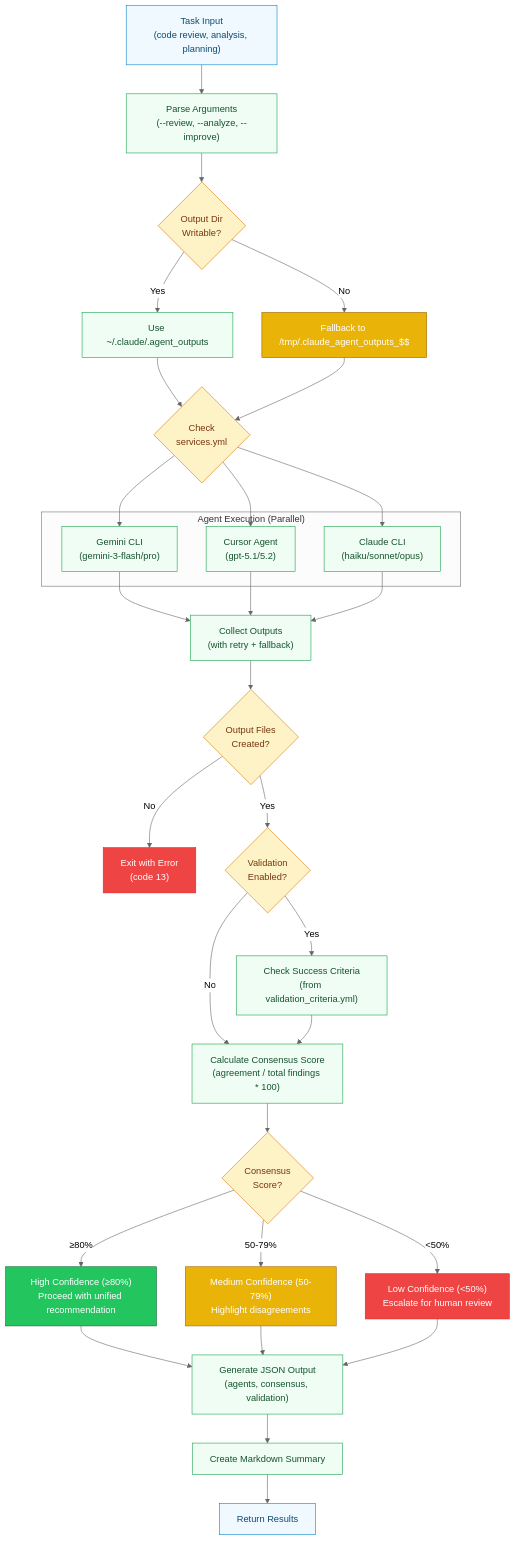
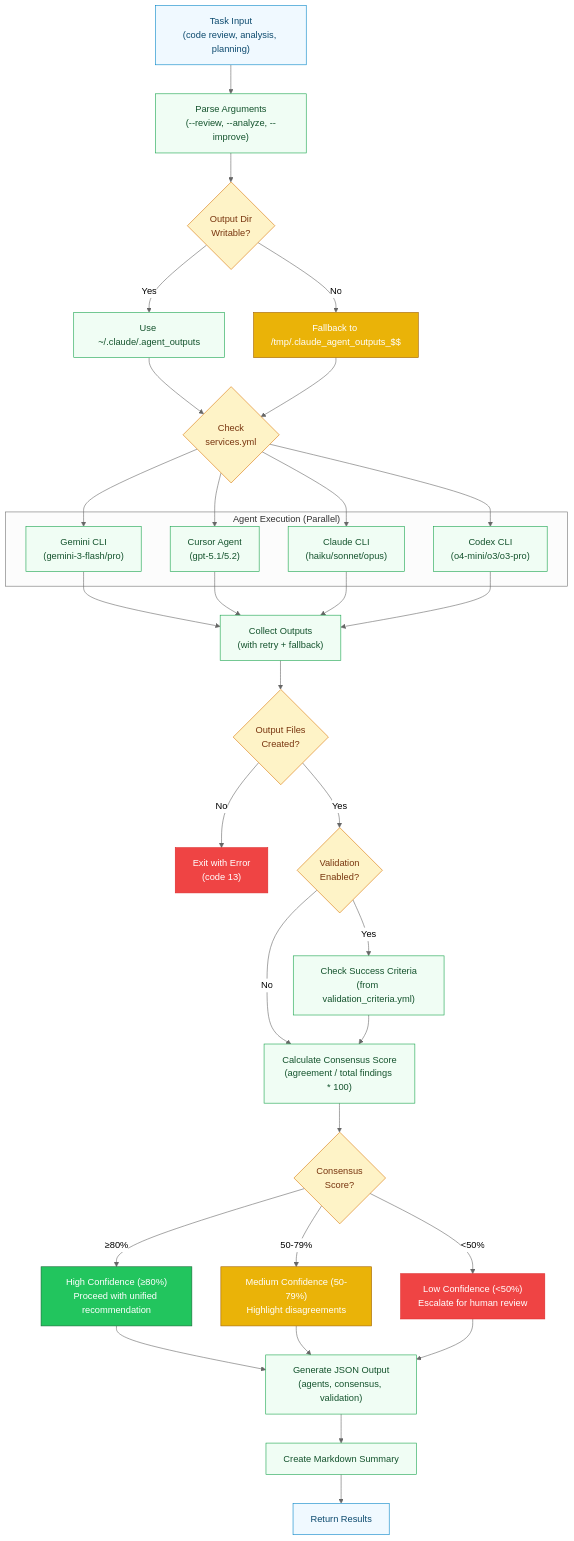
One commit to RB-chrismandich/Manifest changed the fifth of 13 diagrams in docs/ARCHITECTURE_DIAGRAMS.md. Above: the diagram before and after it, drawn with Mermaid. The commit also changed other lines of this file and 8 other files, not shown here.

```diff
--- a/docs/ARCHITECTURE_DIAGRAMS.md
+++ b/docs/ARCHITECTURE_DIAGRAMS.md
@@ -435,6 +448,7 @@
         GEMINI_EXEC["Gemini CLI<br/>(gemini-3-flash/pro)"]:::process
         CURSOR_EXEC["Cursor Agent<br/>(gpt-5.1/5.2)"]:::process
         CLAUDE_EXEC["Claude CLI<br/>(haiku/sonnet/opus)"]:::process
+        CODEX_EXEC["Codex CLI<br/>(o4-mini/o3/o3-pro)"]:::process
     end
 
     COLLECT["Collect Outputs<br/>(with retry + fallback)"]:::process
@@ -467,10 +481,12 @@
     CHECK_SERVICES --> GEMINI_EXEC
     CHECK_SERVICES --> CURSOR_EXEC
     CHECK_SERVICES --> CLAUDE_EXEC
+    CHECK_SERVICES --> CODEX_EXEC
 
     GEMINI_EXEC --> COLLECT
     CURSOR_EXEC --> COLLECT
     CLAUDE_EXEC --> COLLECT
+    CODEX_EXEC --> COLLECT
 
     COLLECT --> VERIFY_FILES
     VERIFY_FILES -->|No| FILE_ERROR
```
